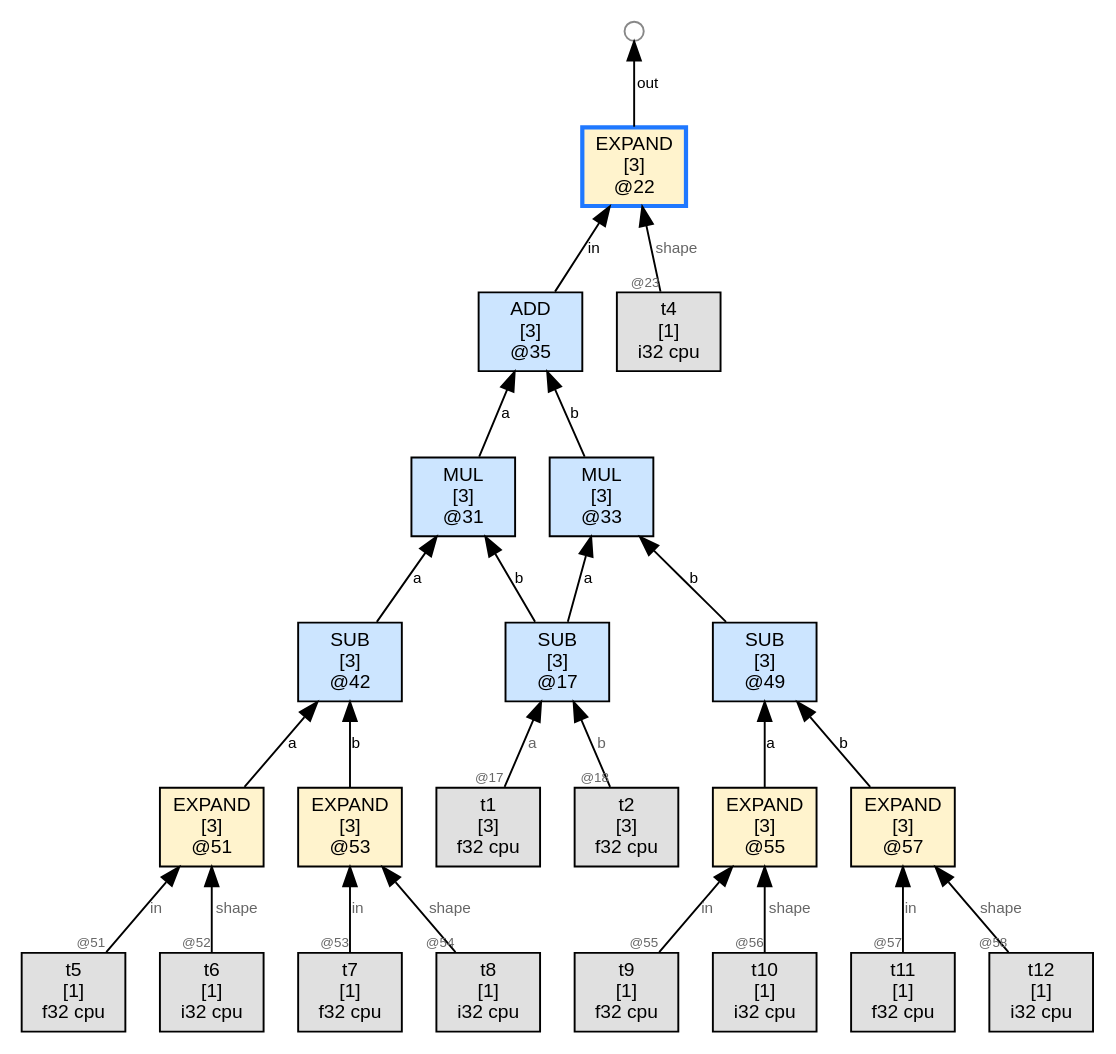
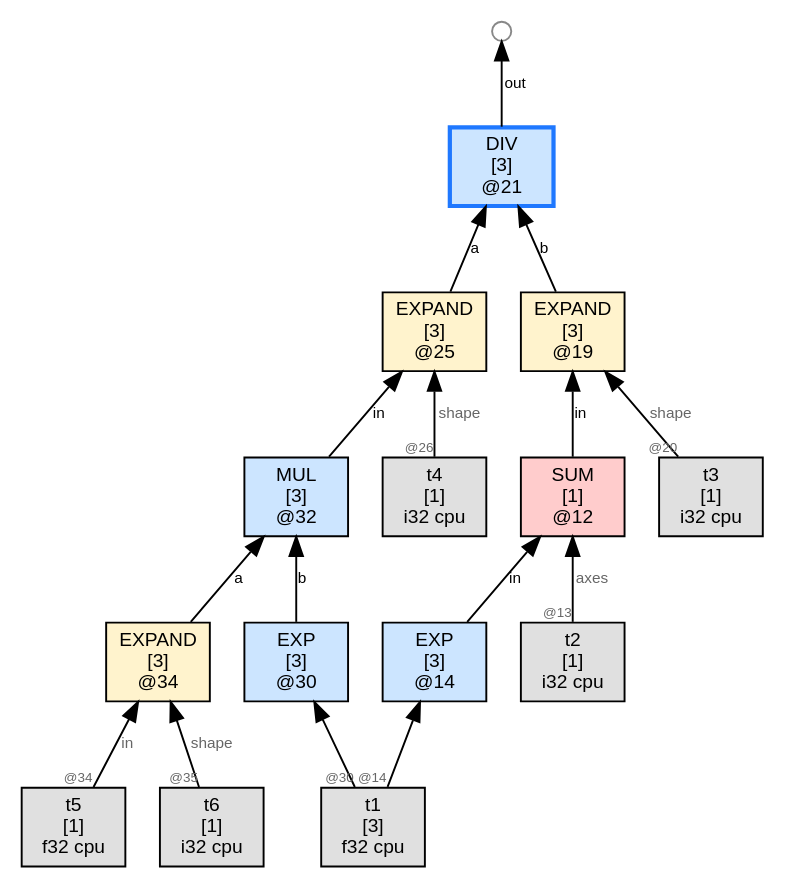
The diagram in wl/examples/thvm_graphs/grad_rules/gradu_poly/thvm_2_post_sweep.dot (sw1sh/TinyHVM), drawn with Graphviz before and after one commit. The commit also changed 4 other files, not shown here.

First line of the commit message:
grad: add e2e softmax numerical (d log(sum(exp(x)))/dx = softmax(x))

```diff
--- a/wl/examples/thvm_graphs/grad_rules/gradu_poly/thvm_2_post_sweep.dot
+++ b/wl/examples/thvm_graphs/grad_rules/gradu_poly/thvm_2_post_sweep.dot
@@ -1,52 +1,36 @@
 digraph G {
   rankdir=BT;
   node [fontname="Helvetica", fontsize=10, style=filled, shape=box, margin="0.1,0.05"];
   edge [fontsize=8, fontname="Helvetica"];
 
-  n22 [label="EXPAND\n[3]\n@22", shape=box, fillcolor="#fff3cd",color="#1f78ff",penwidth=2.2];
-  n35 -> n22 [label="in"];
+  n14 [label="EXP\n[3]\n@14", shape=box, fillcolor="#cce5ff"];
+  t1 [label="t1\n[3]\nf32 cpu",shape=box,fillcolor="#e0e0e0"];
+  t1 -> n14 [label="",taillabel="@14",labelfontsize=7,fontcolor="#666666"];
+  n21 [label="DIV\n[3]\n@21", shape=box, fillcolor="#cce5ff",color="#1f78ff",penwidth=2.2];
+  n25 -> n21 [label="a"];
+  n19 -> n21 [label="b"];
+  free21_1000 [label="",shape=circle,width=0.14,height=0.14,fixedsize=true,fillcolor="#ffffff",color="#888888",fontsize=1];
+  n21 -> free21_1000 [label="out"];
+  n12 [label="SUM\n[1]\n@12", shape=box, fillcolor="#ffcccc"];
+  n14 -> n12 [label="in"];
+  t2 [label="t2\n[1]\ni32 cpu",shape=box,fillcolor="#e0e0e0"];
+  t2 -> n12 [label="axes",taillabel="@13",labelfontsize=7,fontcolor="#666666"];
+  n25 [label="EXPAND\n[3]\n@25", shape=box, fillcolor="#fff3cd"];
+  n32 -> n25 [label="in"];
   t4 [label="t4\n[1]\ni32 cpu",shape=box,fillcolor="#e0e0e0"];
-  t4 -> n22 [label="shape",taillabel="@23",labelfontsize=7,fontcolor="#666666"];
-  free22_1000 [label="",shape=circle,width=0.14,height=0.14,fixedsize=true,fillcolor="#ffffff",color="#888888",fontsize=1];
-  n22 -> free22_1000 [label="out"];
-  n35 [label="ADD\n[3]\n@35", shape=box, fillcolor="#cce5ff"];
-  n31 -> n35 [label="a"];
-  n33 -> n35 [label="b"];
-  n42 [label="SUB\n[3]\n@42", shape=box, fillcolor="#cce5ff"];
-  n51 -> n42 [label="a"];
-  n53 -> n42 [label="b"];
-  n17 [label="SUB\n[3]\n@17", shape=box, fillcolor="#cce5ff"];
-  t1 [label="t1\n[3]\nf32 cpu",shape=box,fillcolor="#e0e0e0"];
-  t1 -> n17 [label="a",taillabel="@17",labelfontsize=7,fontcolor="#666666"];
-  t2 [label="t2\n[3]\nf32 cpu",shape=box,fillcolor="#e0e0e0"];
-  t2 -> n17 [label="b",taillabel="@18",labelfontsize=7,fontcolor="#666666"];
-  n49 [label="SUB\n[3]\n@49", shape=box, fillcolor="#cce5ff"];
-  n55 -> n49 [label="a"];
-  n57 -> n49 [label="b"];
-  n31 [label="MUL\n[3]\n@31", shape=box, fillcolor="#cce5ff"];
-  n42 -> n31 [label="a"];
-  n17 -> n31 [label="b"];
-  n33 [label="MUL\n[3]\n@33", shape=box, fillcolor="#cce5ff"];
-  n17 -> n33 [label="a"];
-  n49 -> n33 [label="b"];
-  n51 [label="EXPAND\n[3]\n@51", shape=box, fillcolor="#fff3cd"];
+  t4 -> n25 [label="shape",taillabel="@26",labelfontsize=7,fontcolor="#666666"];
+  n19 [label="EXPAND\n[3]\n@19", shape=box, fillcolor="#fff3cd"];
+  n12 -> n19 [label="in"];
+  t3 [label="t3\n[1]\ni32 cpu",shape=box,fillcolor="#e0e0e0"];
+  t3 -> n19 [label="shape",taillabel="@20",labelfontsize=7,fontcolor="#666666"];
+  n32 [label="MUL\n[3]\n@32", shape=box, fillcolor="#cce5ff"];
+  n34 -> n32 [label="a"];
+  n30 -> n32 [label="b"];
+  n34 [label="EXPAND\n[3]\n@34", shape=box, fillcolor="#fff3cd"];
   t5 [label="t5\n[1]\nf32 cpu",shape=box,fillcolor="#e0e0e0"];
-  t5 -> n51 [label="in",taillabel="@51",labelfontsize=7,fontcolor="#666666"];
+  t5 -> n34 [label="in",taillabel="@34",labelfontsize=7,fontcolor="#666666"];
   t6 [label="t6\n[1]\ni32 cpu",shape=box,fillcolor="#e0e0e0"];
-  t6 -> n51 [label="shape",taillabel="@52",labelfontsize=7,fontcolor="#666666"];
-  n53 [label="EXPAND\n[3]\n@53", shape=box, fillcolor="#fff3cd"];
-  t7 [label="t7\n[1]\nf32 cpu",shape=box,fillcolor="#e0e0e0"];
-  t7 -> n53 [label="in",taillabel="@53",labelfontsize=7,fontcolor="#666666"];
-  t8 [label="t8\n[1]\ni32 cpu",shape=box,fillcolor="#e0e0e0"];
-  t8 -> n53 [label="shape",taillabel="@54",labelfontsize=7,fontcolor="#666666"];
-  n55 [label="EXPAND\n[3]\n@55", shape=box, fillcolor="#fff3cd"];
-  t9 [label="t9\n[1]\nf32 cpu",shape=box,fillcolor="#e0e0e0"];
-  t9 -> n55 [label="in",taillabel="@55",labelfontsize=7,fontcolor="#666666"];
-  t10 [label="t10\n[1]\ni32 cpu",shape=box,fillcolor="#e0e0e0"];
-  t10 -> n55 [label="shape",taillabel="@56",labelfontsize=7,fontcolor="#666666"];
-  n57 [label="EXPAND\n[3]\n@57", shape=box, fillcolor="#fff3cd"];
-  t11 [label="t11\n[1]\nf32 cpu",shape=box,fillcolor="#e0e0e0"];
-  t11 -> n57 [label="in",taillabel="@57",labelfontsize=7,fontcolor="#666666"];
-  t12 [label="t12\n[1]\ni32 cpu",shape=box,fillcolor="#e0e0e0"];
-  t12 -> n57 [label="shape",taillabel="@58",labelfontsize=7,fontcolor="#666666"];
+  t6 -> n34 [label="shape",taillabel="@35",labelfontsize=7,fontcolor="#666666"];
+  n30 [label="EXP\n[3]\n@30", shape=box, fillcolor="#cce5ff"];
+  t1 -> n30 [label="",taillabel="@30",labelfontsize=7,fontcolor="#666666"];
 }
```
